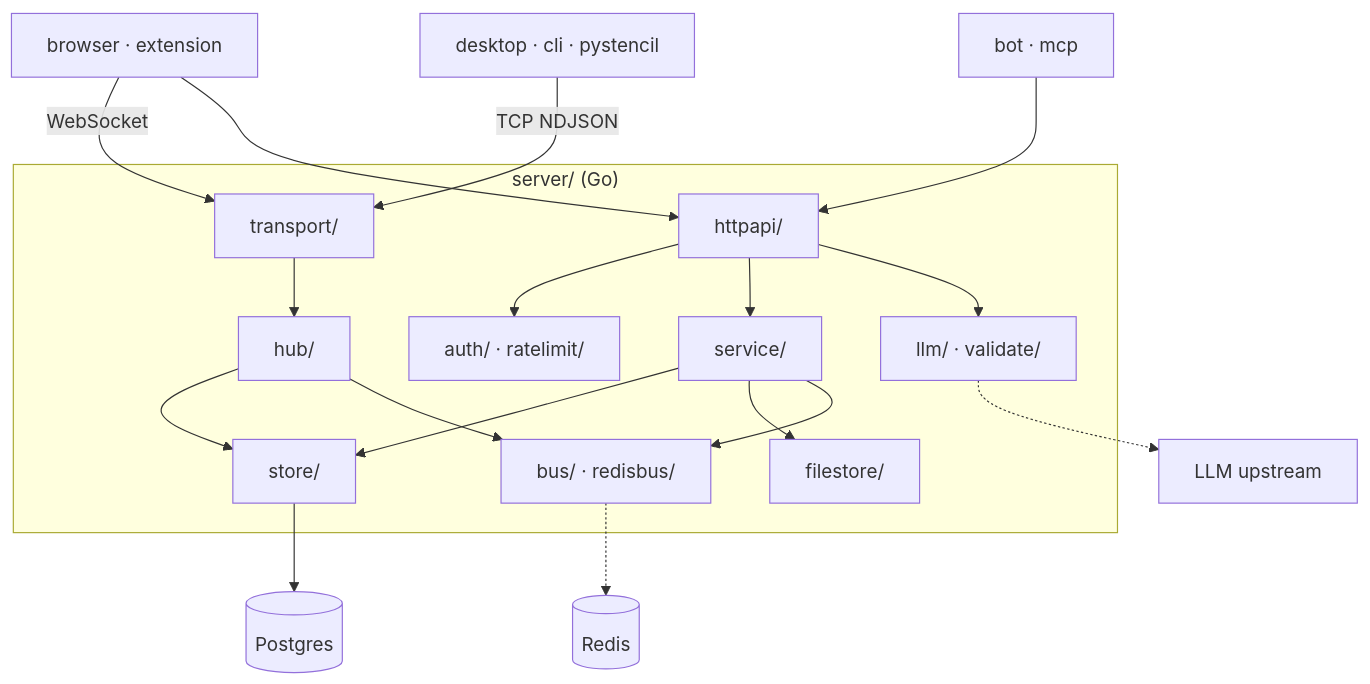
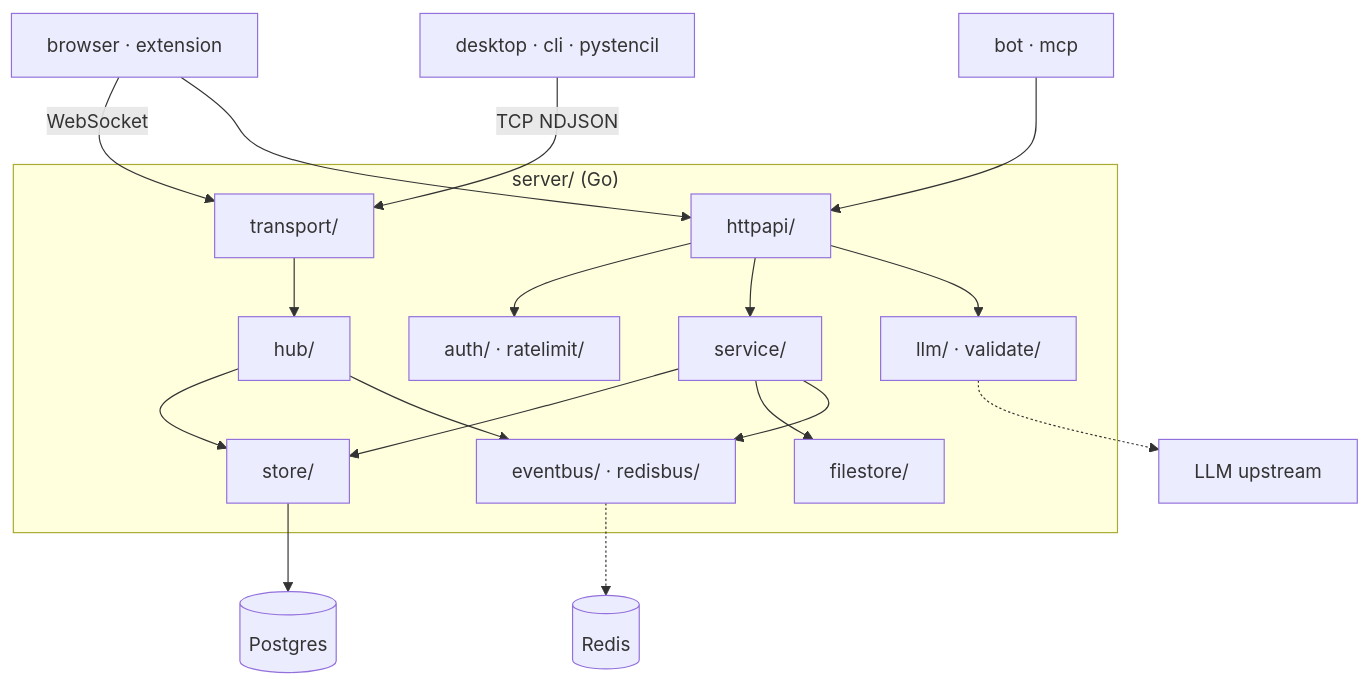
One commit to andrew1407/stencil changed the first of 2 diagrams in server/ARCHITECTURE.md. Above: the diagram before and after it, drawn with Mermaid. The commit also changed other lines of this file and 3356 other files, not shown here.

````diff
--- a/server/ARCHITECTURE.md
+++ b/server/ARCHITECTURE.md
@@ -9,37 +9,31 @@
 ```mermaid
 graph TD
     WS["browser · extension"]
     TCP["desktop · cli · pystencil"]
     REST["bot · mcp"]
     subgraph SRV["server/ (Go)"]
       API["httpapi/"]
       TRANS["transport/"]
       SVC["service/"]
       HUB["hub/"]
       AUTH["auth/ · ratelimit/"]
       LLM["llm/ · validate/"]
       STORE["store/"]
       FILES["filestore/"]
-      BUS["bus/ · redisbus/"]
+      BUS["eventbus/ · redisbus/"]
     end
     PG[("Postgres")]
     RD[("Redis")]
     UP["LLM upstream"]
 
     WS -->|"WebSocket"| TRANS
     TCP -->|"TCP NDJSON"| TRANS
-    WS --> API
-    REST --> API
-    API --> AUTH
-    API --> SVC
-    API --> LLM
+    WS & REST --> API
+    API --> AUTH & SVC & LLM
     LLM -.-> UP
     TRANS --> HUB
-    SVC --> STORE
-    SVC --> FILES
-    SVC --> BUS
-    HUB --> STORE
-    HUB --> BUS
+    SVC --> STORE & FILES & BUS
+    HUB --> STORE & BUS
     STORE --> PG
     BUS -.-> RD
 ```
````
